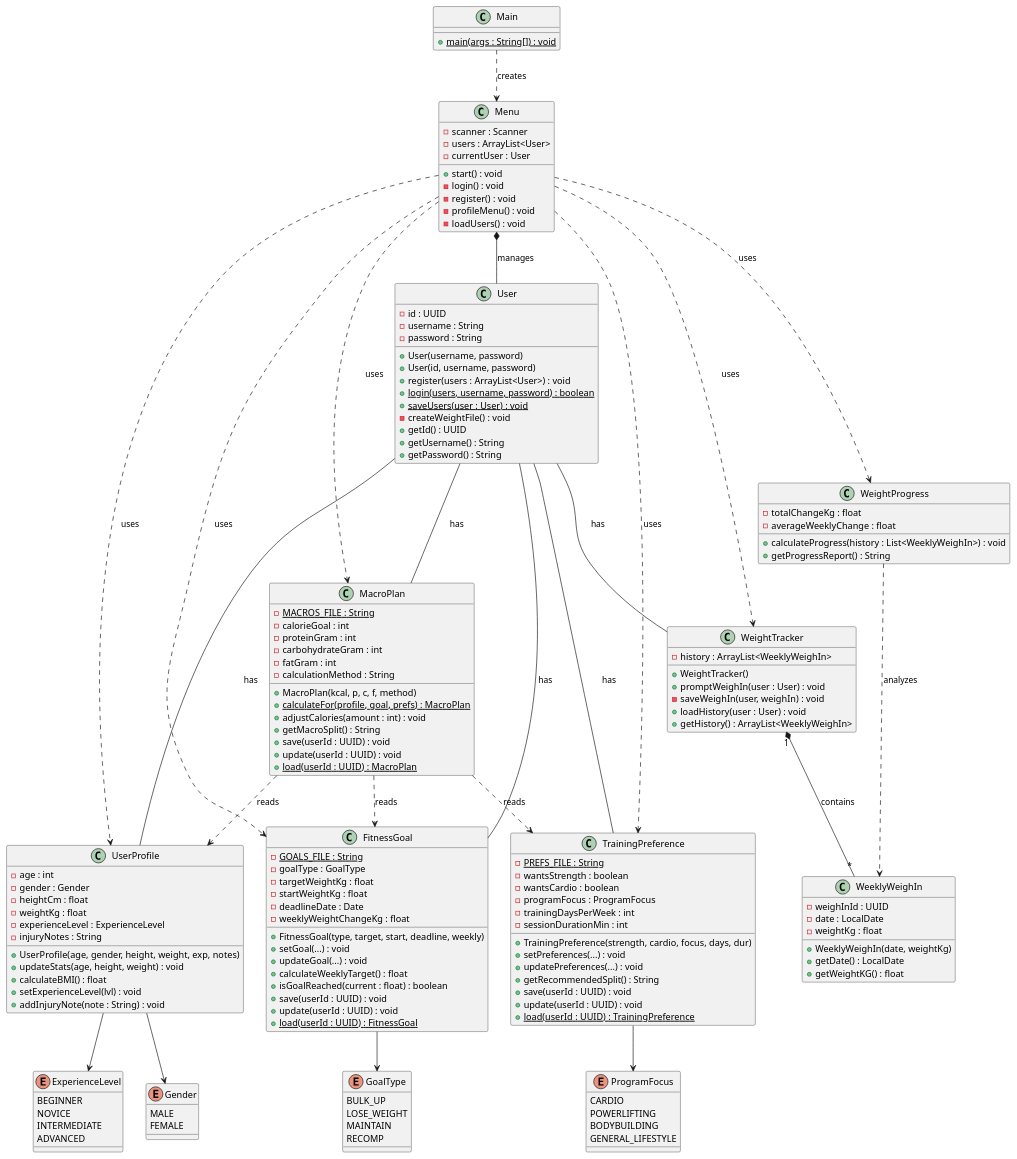
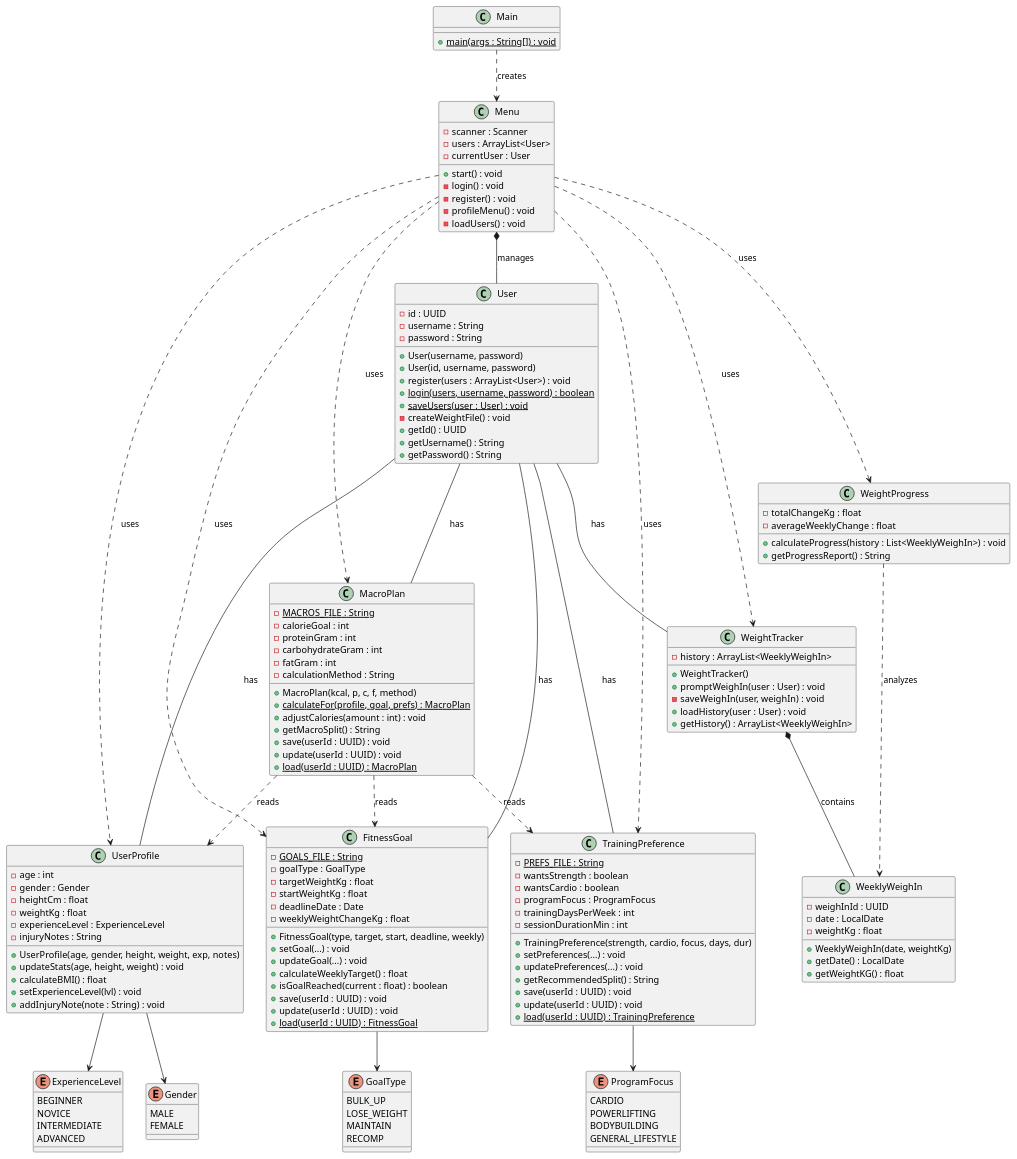
Before and after one commit to thooleif/ICE-Opgave: the diagram in doc/KlassediagramFinal.puml, drawn with PlantUML.

Commit message:
Final kalssediagram lavet med boys

```diff
--- a/doc/KlassediagramFinal.puml
+++ b/doc/KlassediagramFinal.puml
@@ -1,182 +1,182 @@
 @startuml FitnessApp
 
 '  ENUMS
 
 enum Gender {
     MALE
     FEMALE
 }
 
 enum ExperienceLevel {
     BEGINNER
     NOVICE
     INTERMEDIATE
     ADVANCED
 }
 
 enum GoalType {
     BULK_UP
     LOSE_WEIGHT
     MAINTAIN
     RECOMP
 }
 
 enum ProgramFocus {
     CARDIO
     POWERLIFTING
     BODYBUILDING
     GENERAL_LIFESTYLE
 }
 
 ' CLASSES
 
 class Main {
     + {static} main(args : String[]) : void
 }
 
 class Menu {
     - scanner : Scanner
     - users : ArrayList<User>
     - currentUser : User
     + start() : void
     - login() : void
     - register() : void
     - profileMenu() : void
     - loadUsers() : void
 }
 
 class User {
     - id : UUID
     - username : String
     - password : String
     + User(username, password)
     + User(id, username, password)
     + register(users : ArrayList<User>) : void
     + {static} login(users, username, password) : boolean
     + {static} saveUsers(user : User) : void
     - createWeightFile() : void
     + getId() : UUID
     + getUsername() : String
     + getPassword() : String
 }
 
 class UserProfile {
     - age : int
     - gender : Gender
     - heightCm : float
     - weightKg : float
     - experienceLevel : ExperienceLevel
     - injuryNotes : String
     + UserProfile(age, gender, height, weight, exp, notes)
     + updateStats(age, height, weight) : void
     + calculateBMI() : float
     + setExperienceLevel(lvl) : void
     + addInjuryNote(note : String) : void
 }
 
 class FitnessGoal {
     - {static} GOALS_FILE : String
     - goalType : GoalType
     - targetWeightKg : float
     - startWeightKg : float
     - deadlineDate : Date
     - weeklyWeightChangeKg : float
     + FitnessGoal(type, target, start, deadline, weekly)
     + setGoal(...) : void
     + updateGoal(...) : void
     + calculateWeeklyTarget() : float
     + isGoalReached(current : float) : boolean
     + save(userId : UUID) : void
     + update(userId : UUID) : void
     + {static} load(userId : UUID) : FitnessGoal
 }
 
 class TrainingPreference {
     - {static} PREFS_FILE : String
     - wantsStrength : boolean
     - wantsCardio : boolean
     - programFocus : ProgramFocus
     - trainingDaysPerWeek : int
     - sessionDurationMin : int
     + TrainingPreference(strength, cardio, focus, days, dur)
     + setPreferences(...) : void
     + updatePreferences(...) : void
     + getRecommendedSplit() : String
     + save(userId : UUID) : void
     + update(userId : UUID) : void
     + {static} load(userId : UUID) : TrainingPreference
 }
 
 class MacroPlan {
     - {static} MACROS_FILE : String
     - calorieGoal : int
     - proteinGram : int
     - carbohydrateGram : int
     - fatGram : int
     - calculationMethod : String
     + MacroPlan(kcal, p, c, f, method)
     + {static} calculateFor(profile, goal, prefs) : MacroPlan
     + adjustCalories(amount : int) : void
     + getMacroSplit() : String
     + save(userId : UUID) : void
     + update(userId : UUID) : void
     + {static} load(userId : UUID) : MacroPlan
 }
 
 class WeightTracker {
     - history : ArrayList<WeeklyWeighIn>
     + WeightTracker()
     + promptWeighIn(user : User) : void
     - saveWeighIn(user, weighIn) : void
     + loadHistory(user : User) : void
     + getHistory() : ArrayList<WeeklyWeighIn>
 }
 
 class WeeklyWeighIn {
     - weighInId : UUID
     - date : LocalDate
     - weightKg : float
     + WeeklyWeighIn(date, weightKg)
     + getDate() : LocalDate
     + getWeightKG() : float
 }
 
 class WeightProgress {
     - totalChangeKg : float
     - averageWeeklyChange : float
     + calculateProgress(history : List<WeeklyWeighIn>) : void
     + getProgressReport() : String
 }
 
 ' ==================== RELATIONS ====================
 
 Main ..> Menu : creates
 
 Menu *-- User : manages
 Menu ..> UserProfile : uses
 Menu ..> FitnessGoal : uses
 Menu ..> TrainingPreference : uses
 Menu ..> MacroPlan : uses
 Menu ..> WeightTracker : uses
 Menu ..> WeightProgress : uses
 
 User  --  UserProfile : has
 User  --  FitnessGoal : has
 User  --  TrainingPreference : has
 User  --  MacroPlan : has
 User  --  WeightTracker : has
 
-WeightTracker "1" *-- "*" WeeklyWeighIn : contains
+WeightTracker *-- WeeklyWeighIn : contains
 WeightProgress ..> WeeklyWeighIn : analyzes
 
 MacroPlan ..> UserProfile : reads
 MacroPlan ..> FitnessGoal : reads
 MacroPlan ..> TrainingPreference : reads
 
 ' Enum links
 UserProfile --> Gender
 UserProfile --> ExperienceLevel
 FitnessGoal --> GoalType
 TrainingPreference --> ProgramFocus
 
 @enduml
```
